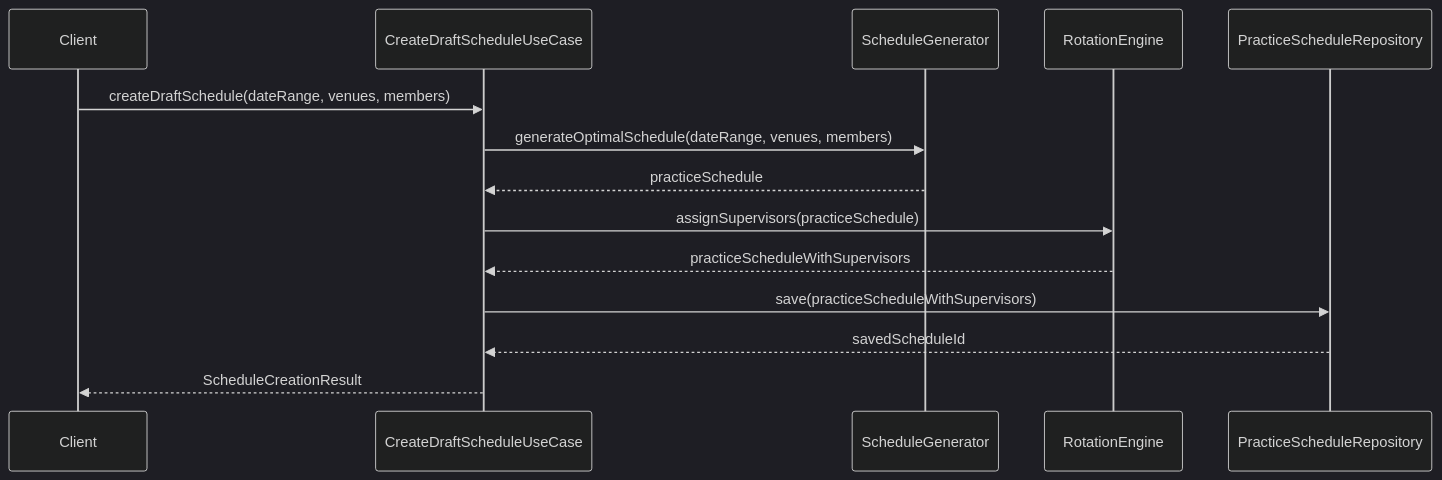
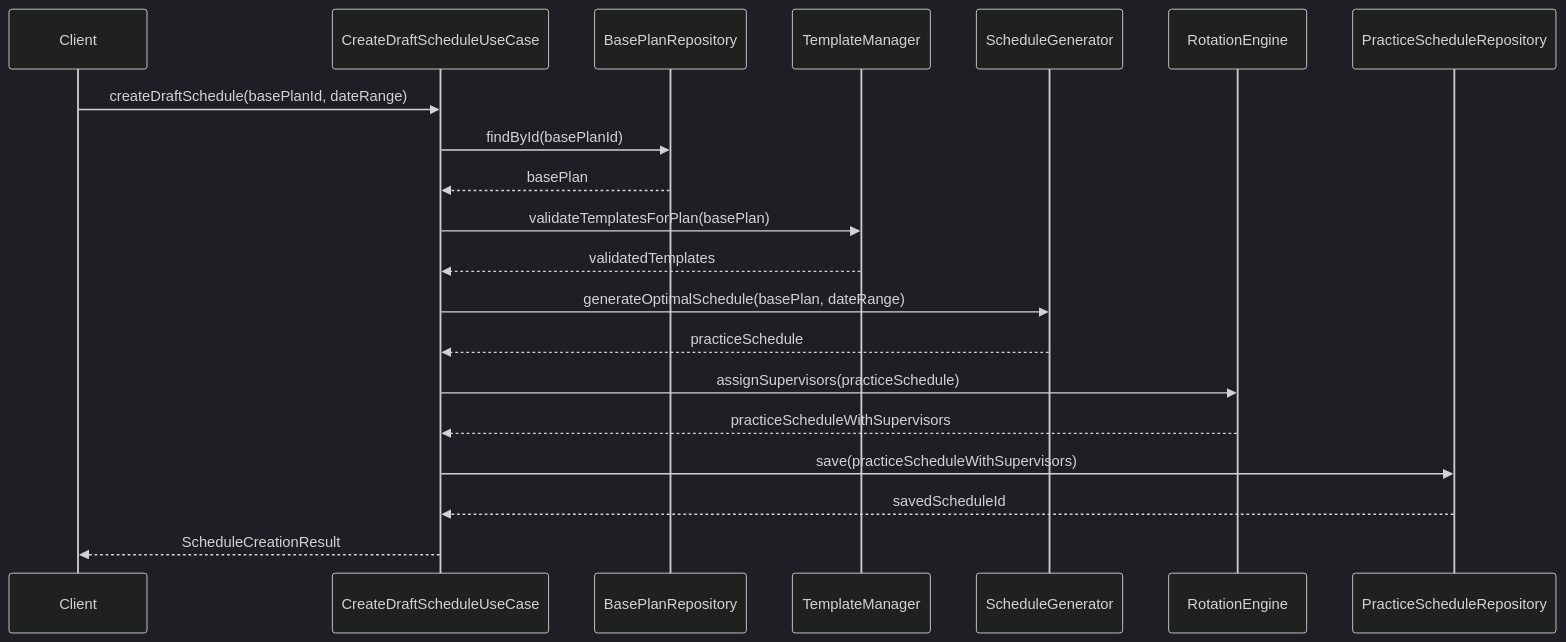
Before and after one commit to NowatariSoma/tomosigoto_nou_system: the fourth of 18 diagrams in 設計書/05_アプリケーション層.md, drawn with Mermaid (dark theme). The commit also changed other lines of this file and 12 other files, not shown here.

````diff
--- a/設計書/05_アプリケーション層.md
+++ b/設計書/05_アプリケーション層.md
@@ -32,17 +129,25 @@
 ```mermaid
 sequenceDiagram
     participant Client
     participant UseCase as CreateDraftScheduleUseCase
+    participant PlanRepo as BasePlanRepository
+    participant TemplateManager as TemplateManager
     participant Generator as ScheduleGenerator
     participant Rotation as RotationEngine
     participant Repository as PracticeScheduleRepository
     
-    Client->>UseCase: createDraftSchedule(dateRange, venues, members)
-    UseCase->>Generator: generateOptimalSchedule(dateRange, venues, members)
+    Client->>UseCase: createDraftSchedule(basePlanId, dateRange)
+    UseCase->>PlanRepo: findById(basePlanId)
+    PlanRepo-->>UseCase: basePlan
+    
+    UseCase->>TemplateManager: validateTemplatesForPlan(basePlan)
+    TemplateManager-->>UseCase: validatedTemplates
+    
+    UseCase->>Generator: generateOptimalSchedule(basePlan, dateRange)
     Generator-->>UseCase: practiceSchedule
     UseCase->>Rotation: assignSupervisors(practiceSchedule)
     Rotation-->>UseCase: practiceScheduleWithSupervisors
     UseCase->>Repository: save(practiceScheduleWithSupervisors)
     Repository-->>UseCase: savedScheduleId
     UseCase-->>Client: ScheduleCreationResult
 ```
````
